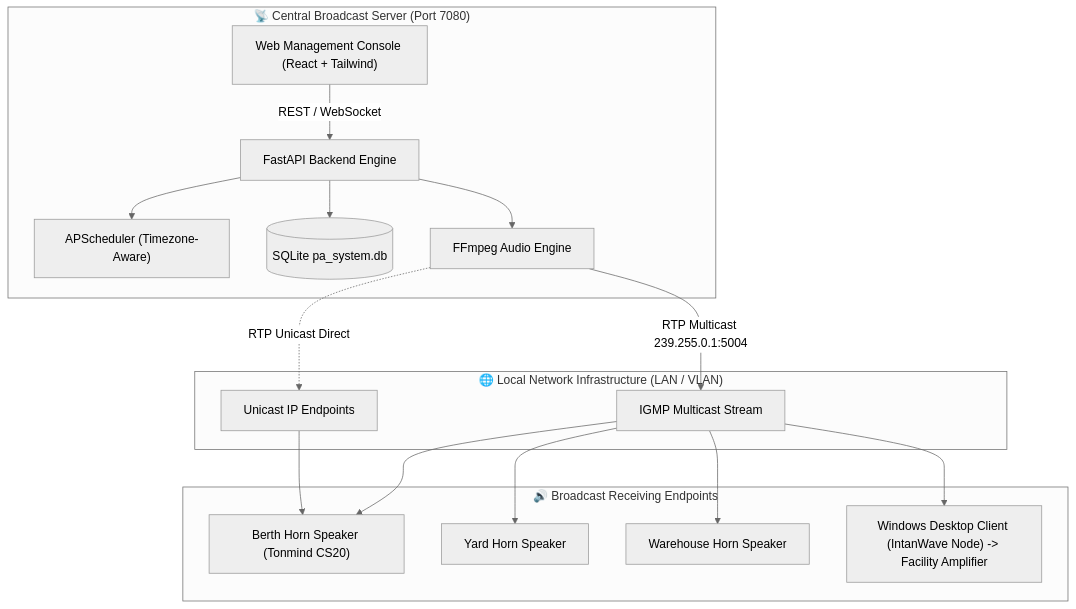
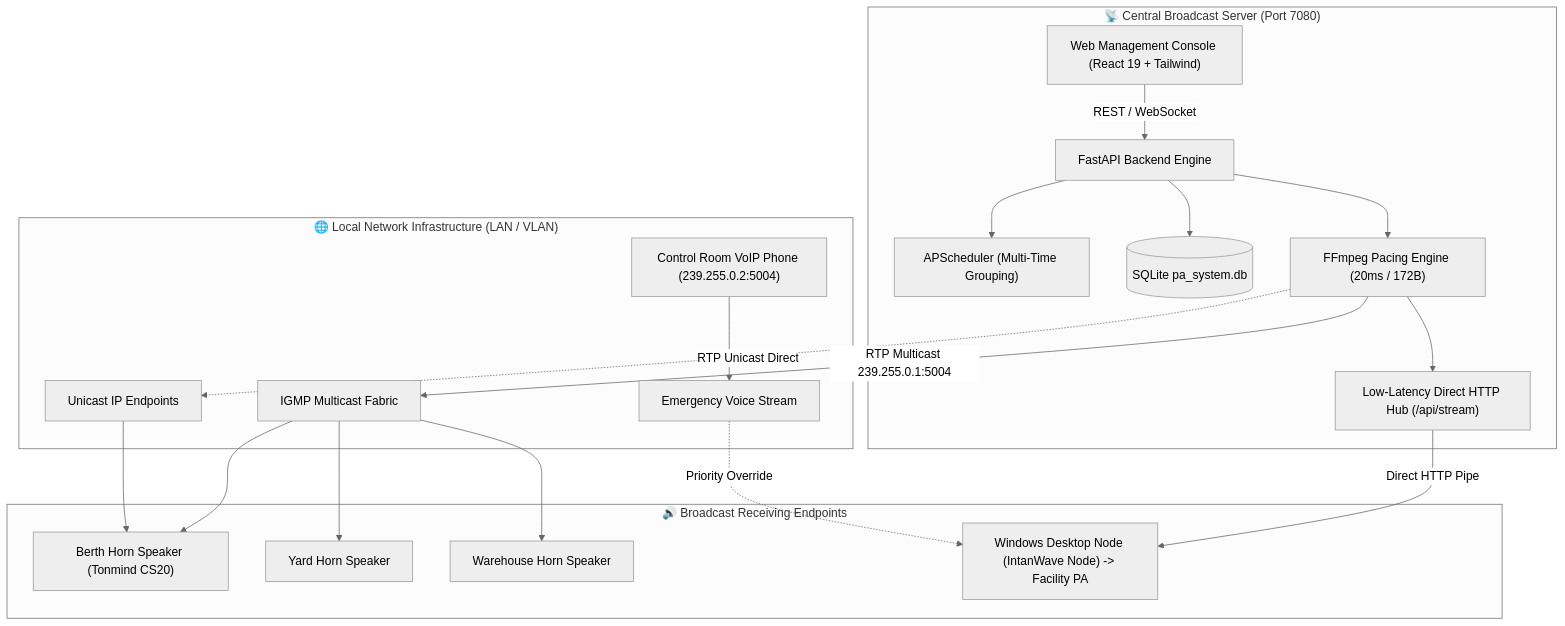
Before and after one commit to pratama1246/IntanWave-RTPAudio: the diagram in README.md, drawn with Mermaid (neutral theme). The commit also changed other lines of this file, not shown here.

Commit message:
docs: update README with audio pacing, multi-time scheduler, dual-channel client, and 150MB limit

````diff
--- a/README.md
+++ b/README.md
@@ -34,22 +35,25 @@
 ```mermaid
 flowchart TD
     subgraph Control["📡 Central Broadcast Server (Port 7080)"]
-        WebUI["Web Management Console (React + Tailwind)"] -->|REST / WebSocket| API["FastAPI Backend Engine"]
-        API --> Scheduler["APScheduler (Timezone-Aware)"]
+        WebUI["Web Management Console (React 19 + Tailwind)"] -->|REST / WebSocket| API["FastAPI Backend Engine"]
+        API --> Scheduler["APScheduler (Multi-Time Grouping)"]
         API --> DB[(SQLite pa_system.db)]
-        API --> Streamer["FFmpeg Audio Engine"]
+        API --> Streamer["FFmpeg Pacing Engine (20ms / 172B)"]
+        Streamer --> StreamHub["Low-Latency Direct HTTP Hub (/api/stream)"]
     end
 
     subgraph Network["🌐 Local Network Infrastructure (LAN / VLAN)"]
-        Streamer -->|RTP Multicast 239.255.0.1:5004| MC[IGMP Multicast Stream]
+        Streamer -->|RTP Multicast 239.255.0.1:5004| MC[IGMP Multicast Fabric]
         Streamer -.->|RTP Unicast Direct| UC[Unicast IP Endpoints]
+        IPPhone["Control Room VoIP Phone (239.255.0.2:5004)"] --> MC2[Emergency Voice Stream]
     end
 
     subgraph Endpoints["🔊 Broadcast Receiving Endpoints"]
         MC --> Spk1["Berth Horn Speaker (Tonmind CS20)"]
         MC --> Spk2["Yard Horn Speaker"]
         MC --> Spk3["Warehouse Horn Speaker"]
-        MC --> WinClient["Windows Desktop Client (IntanWave Node) -> Facility Amplifier"]
         UC --> Spk1
+        StreamHub -->|Direct HTTP Pipe| WinClient["Windows Desktop Node (IntanWave Node) -> Facility PA"]
+        MC2 -.->|Priority Override| WinClient
     end
 ```
````
